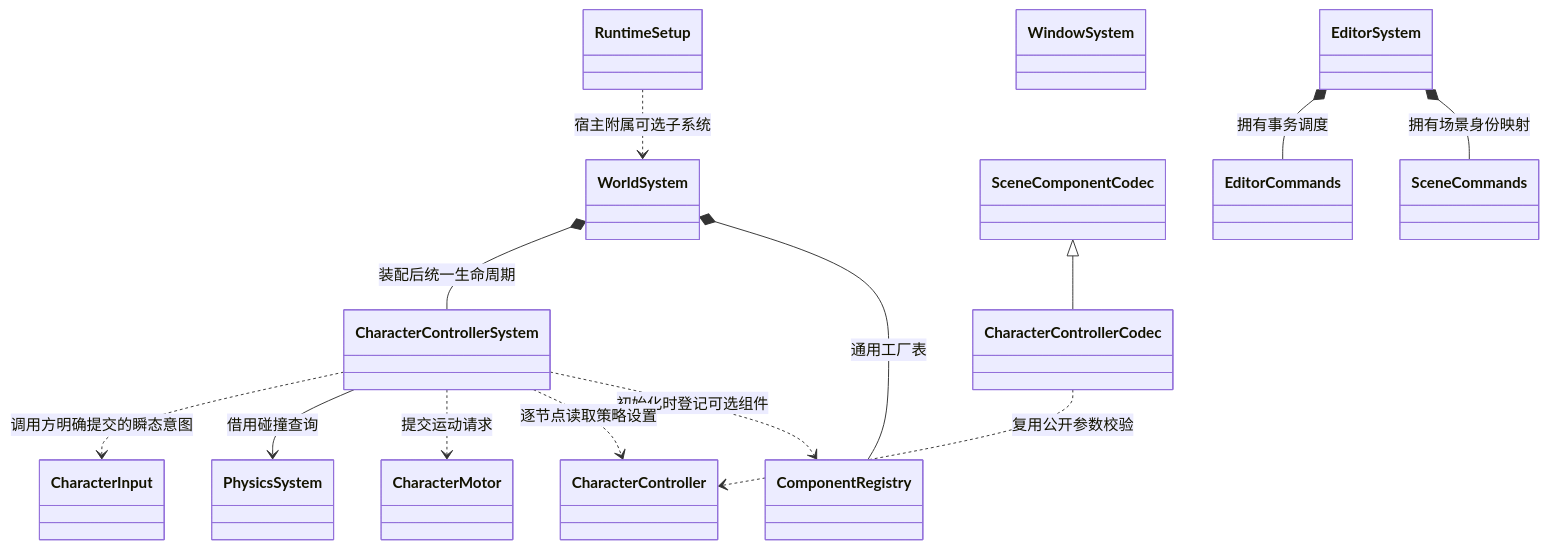
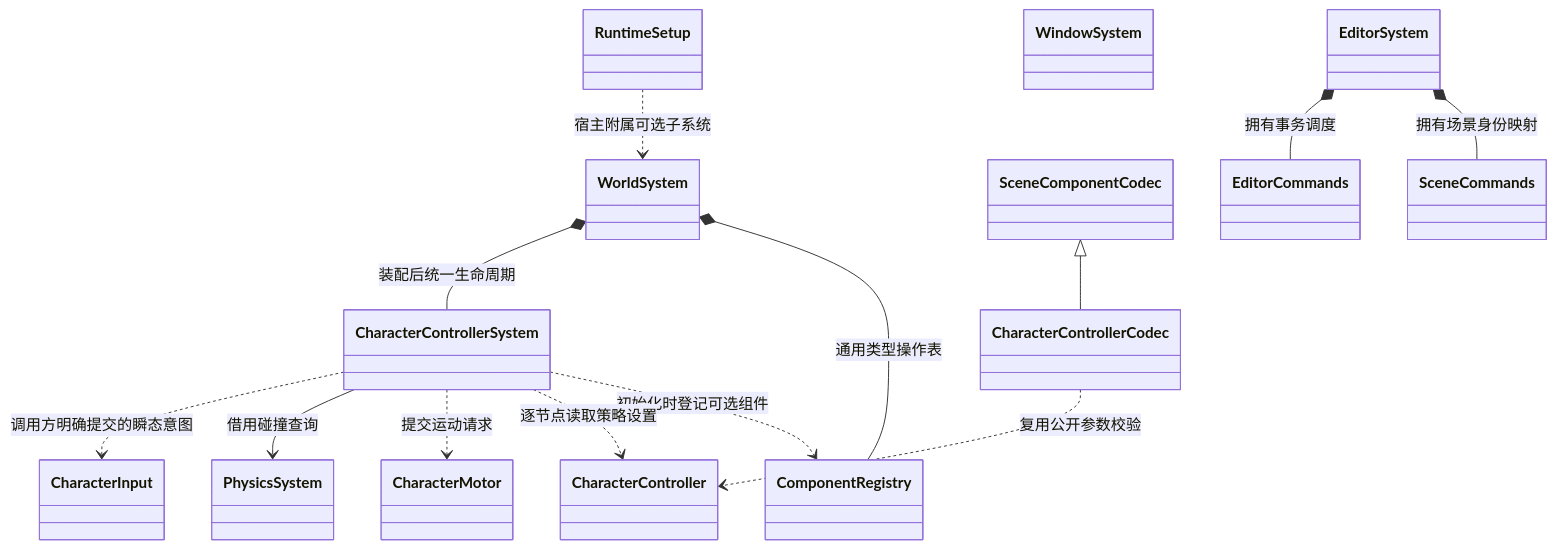
One commit to lcals/Engine changed diagram 35 of 35 in docs/class-diagrams/references.md. Above: the diagram before and after it, drawn with Mermaid. The commit also changed other lines of this file and 291 other files, not shown here.

````diff
--- a/docs/class-diagrams/references.md
+++ b/docs/class-diagrams/references.md
@@ -1103,28 +1108,28 @@
 ```mermaid
 classDiagram
     class RuntimeSetup
     class WorldSystem
     class ComponentRegistry
     class CharacterController
     class CharacterControllerSystem
     class CharacterMotor
     class PhysicsSystem
     class WindowSystem
     class CharacterControllerCodec
     class SceneComponentCodec
     class EditorSystem
     class SceneCommands
     class EditorCommands
     CharacterControllerSystem ..> ComponentRegistry : 初始化时登记可选组件
     RuntimeSetup ..> WorldSystem : 宿主附属可选子系统
-    WorldSystem *-- ComponentRegistry : 通用工厂表
+    WorldSystem *-- ComponentRegistry : 通用类型操作表
     WorldSystem *-- CharacterControllerSystem : 装配后统一生命周期
     CharacterControllerSystem ..> CharacterController : 逐节点读取策略设置
     CharacterControllerSystem ..> CharacterMotor : 提交运动请求
     CharacterControllerSystem --> PhysicsSystem : 借用碰撞查询
     CharacterControllerSystem ..> CharacterInput : 调用方明确提交的瞬态意图
     SceneComponentCodec <|-- CharacterControllerCodec
     CharacterControllerCodec ..> CharacterController : 复用公开参数校验
     EditorSystem *-- SceneCommands : 拥有场景身份映射
     EditorSystem *-- EditorCommands : 拥有事务调度
 ```
````
